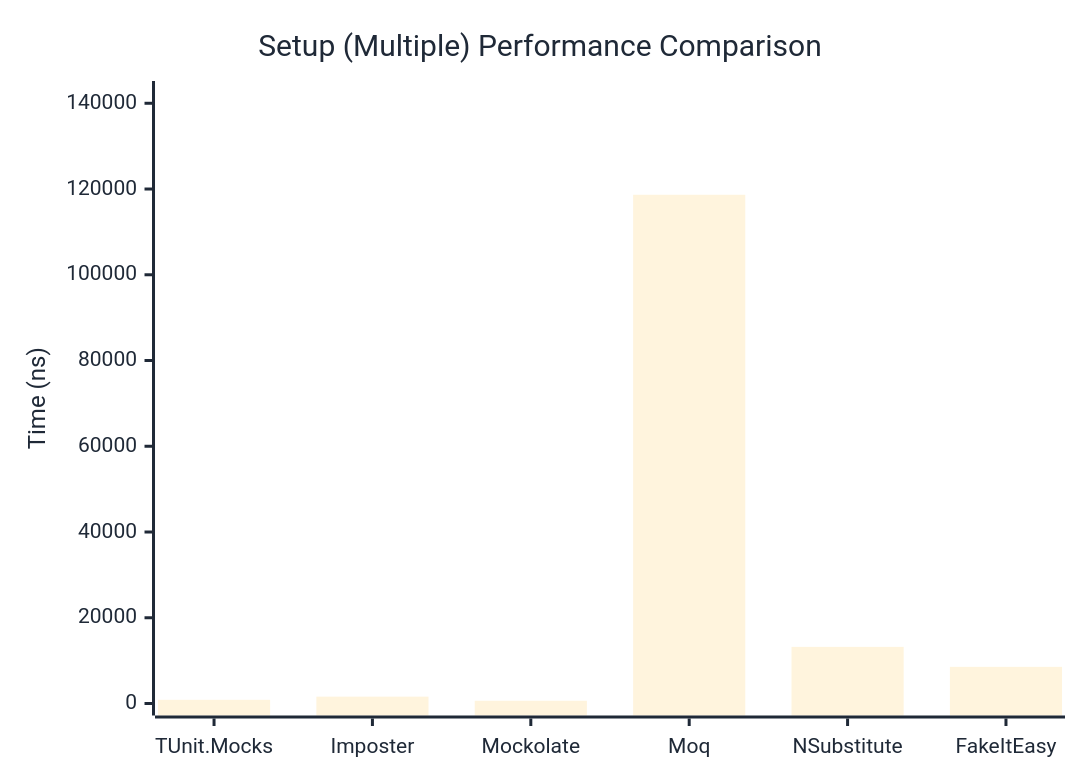
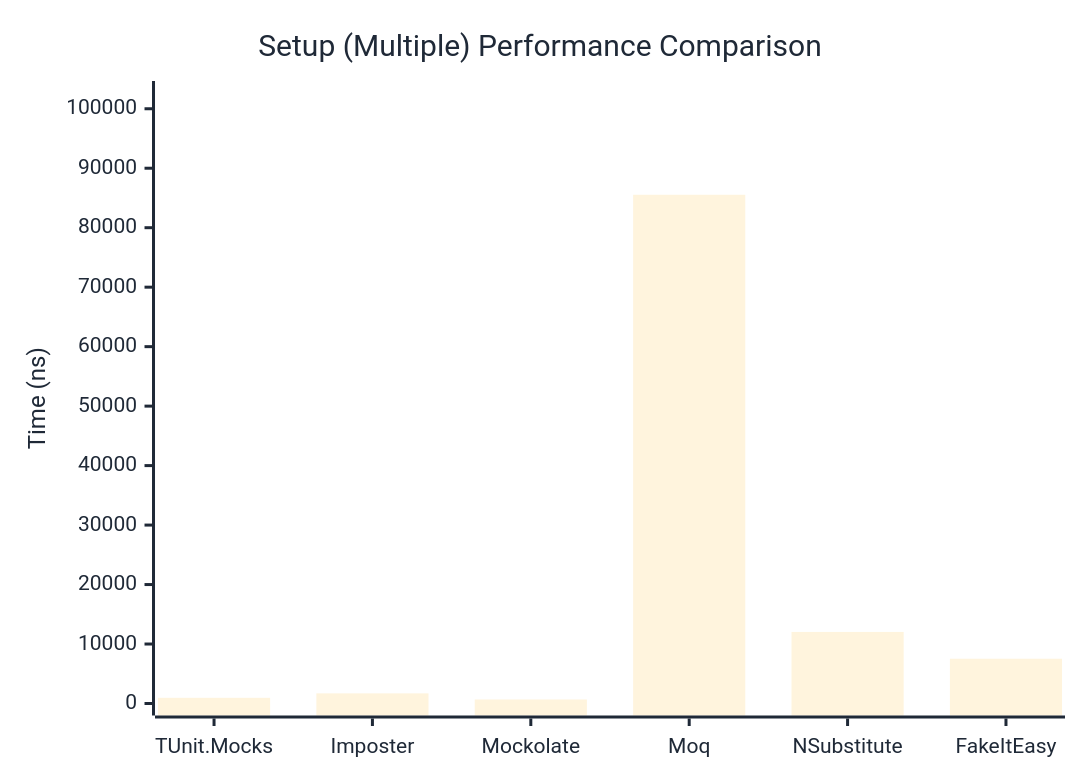
Before and after one commit to thomhurst/TUnit: the second of 2 diagrams in docs/docs/benchmarks/mocks/Setup.md, drawn with Mermaid. The commit also changed other lines of this file and 14 other files, not shown here.

````diff
--- a/docs/docs/benchmarks/mocks/Setup.md
+++ b/docs/docs/benchmarks/mocks/Setup.md
@@ -71,27 +71,27 @@
 ```mermaid
 %%{init: {
   'theme':'base',
   'themeVariables': {
     'primaryColor': '#2563eb',
     'primaryTextColor': '#1f2937',
     'primaryBorderColor': '#1e40af',
     'lineColor': '#6b7280',
     'secondaryColor': '#7c3aed',
     'tertiaryColor': '#dc2626',
     'background': '#ffffff',
     'pie1': '#2563eb',
     'pie2': '#7c3aed',
     'pie3': '#dc2626',
     'pie4': '#f59e0b',
     'pie5': '#10b981',
     'pie6': '#06b6d4',
     'pie7': '#ec4899',
     'pie8': '#6366f1'
   }
 }}%%
 xychart-beta
   title "Setup (Multiple) Performance Comparison"
   x-axis ["TUnit.Mocks", "Imposter", "Mockolate", "Moq", "NSubstitute", "FakeItEasy"]
-  y-axis "Time (ns)" 0 --> 142396
-  bar [862, 1597.8, 637.6, 118662.7, 13209.8, 8549.2]
+  y-axis "Time (ns)" 0 --> 102648
+  bar [954.4, 1705, 675.3, 85539.5, 12031.9, 7525]
 ```
````
